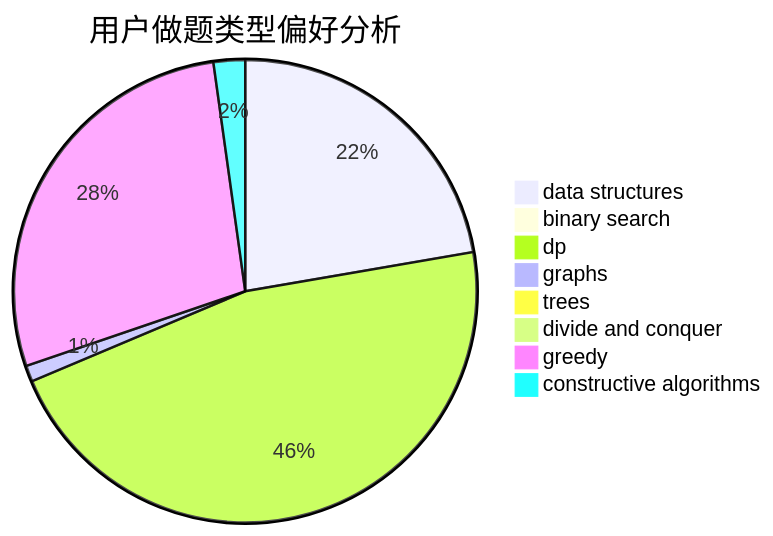
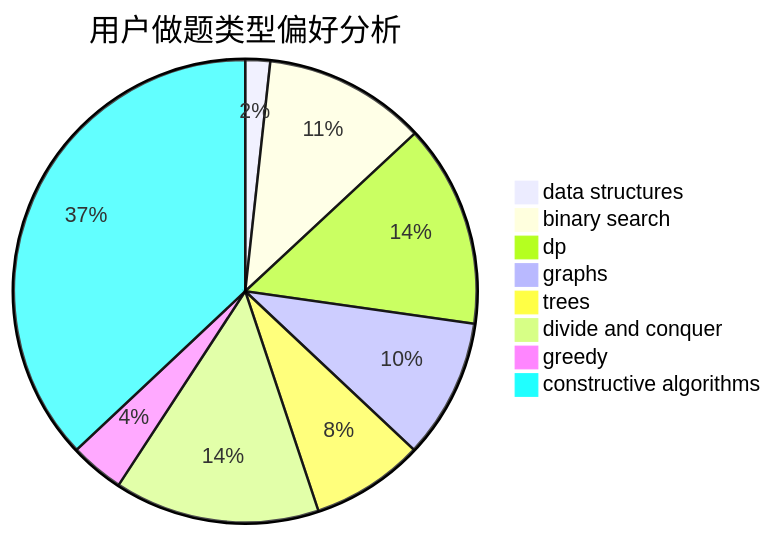
Before and after one commit to sherpahu/cfrs.github.io: the second of 3 diagrams in docs/user/u2429.md, drawn with Mermaid. The commit also changed other lines of this file and 2770 other files, not shown here.

````diff
--- a/docs/user/u2429.md
+++ b/docs/user/u2429.md
@@ -23,11 +23,11 @@
 ```mermaid
 pie title 用户做题类型偏好分析
-    "data structures" :  354
-    "binary search" :  7
-    "dp" :  736
-    "graphs" :  18
-    "trees" :  5
-    "divide and conquer" :  0
-    "greedy" :  445
-    "constructive algorithms" :  35
+    "data structures" :  11
+    "binary search" :  72
+    "dp" :  90
+    "graphs" :  62
+    "trees" :  50
+    "divide and conquer" :  91
+    "greedy" :  24
+    "constructive algorithms" :  235
 ```
````
